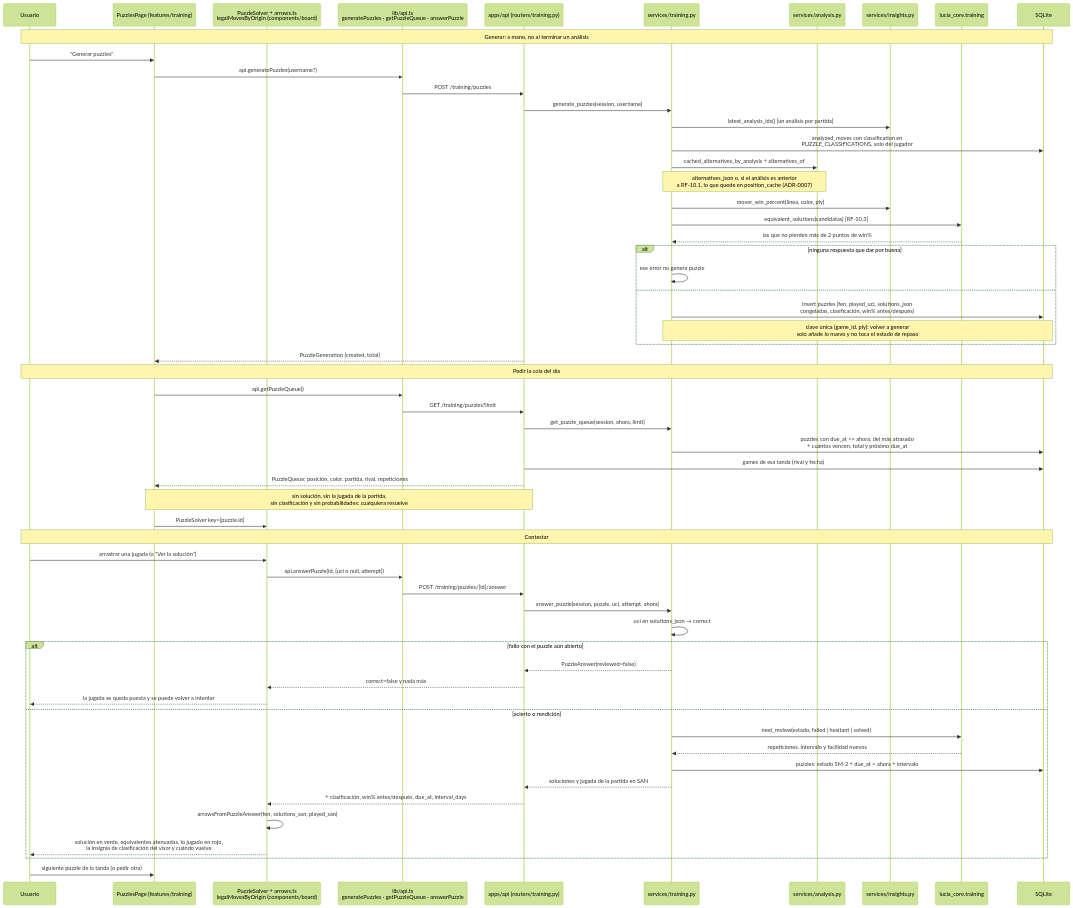
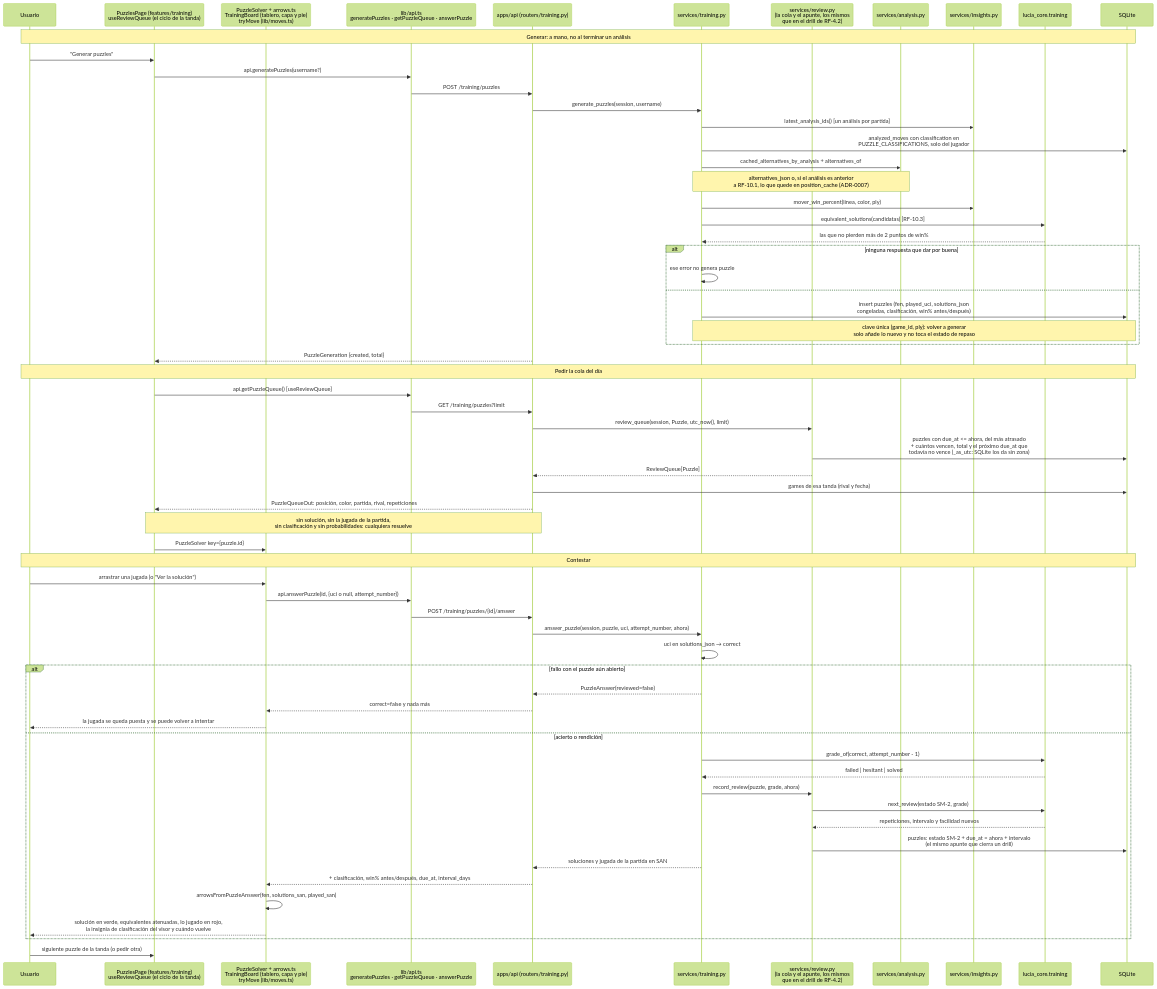
Diagram 17 of 21 in docs/06-mapa-del-proyecto.md (SirJsus/LUCIA), drawn with Mermaid (forest theme) before and after one commit. The commit also changed other lines of this file and 87 other files, not shown here.

````diff
--- a/docs/06-mapa-del-proyecto.md
+++ b/docs/06-mapa-del-proyecto.md
@@ -1483,64 +1558,69 @@
 ```mermaid
 sequenceDiagram
     participant U as Usuario
-    participant P as PuzzlesPage (features/training)
-    participant SO as PuzzleSolver + arrows.ts<br/>legalMovesByOrigin (components/board)
+    participant P as PuzzlesPage (features/training)<br/>useReviewQueue (el ciclo de la tanda)
+    participant SO as PuzzleSolver + arrows.ts<br/>TrainingBoard (tablero, capa y pie)<br/>tryMove (lib/moves.ts)
     participant AP as lib/api.ts<br/>generatePuzzles · getPuzzleQueue · answerPuzzle
     participant R as apps/api (routers/training.py)
     participant ST as services/training.py
+    participant SV as services/review.py<br/>(la cola y el apunte, los mismos<br/>que en el drill de RF-4.2)
     participant SA as services/analysis.py
     participant SI as services/insights.py
     participant CT as lucia_core.training
     participant DB as SQLite
 
     Note over U,DB: Generar: a mano, no al terminar un análisis
     U->>P: "Generar puzzles"
     P->>AP: api.generatePuzzles(username?)
     AP->>R: POST /training/puzzles
     R->>ST: generate_puzzles(session, username)
     ST->>SI: latest_analysis_ids() [un análisis por partida]
     ST->>DB: analyzed_moves con classification en<br/>PUZZLE_CLASSIFICATIONS, solo del jugador
     ST->>SA: cached_alternatives_by_analysis + alternatives_of
     Note over ST,SA: alternatives_json o, si el análisis es anterior<br/>a RF-10.1, lo que quede en position_cache (ADR-0007)
     ST->>SI: mover_win_percent(línea, color, ply)
     ST->>CT: equivalent_solutions(candidatas) [RF-10.3]
     CT-->>ST: las que no pierden más de 2 puntos de win%
     alt ninguna respuesta que dar por buena
         ST->>ST: ese error no genera puzzle
     else
         ST->>DB: insert puzzles (fen, played_uci, solutions_json<br/>congeladas, clasificación, win% antes/después)
         Note over ST,DB: clave única (game_id, ply): volver a generar<br/>solo añade lo nuevo y no toca el estado de repaso
     end
     R-->>P: PuzzleGeneration {created, total}
 
     Note over U,DB: Pedir la cola del día
-    P->>AP: api.getPuzzleQueue()
+    P->>AP: api.getPuzzleQueue() [useReviewQueue]
     AP->>R: GET /training/puzzles?limit
-    R->>ST: get_puzzle_queue(session, ahora, limit)
-    ST->>DB: puzzles con due_at <= ahora, del más atrasado<br/>+ cuántos vencen, total y próximo due_at
+    R->>SV: review_queue(session, Puzzle, utc_now(), limit)
+    SV->>DB: puzzles con due_at <= ahora, del más atrasado<br/>+ cuántos vencen, total y el próximo due_at que<br/>todavía no vence (_as_utc: SQLite los da sin zona)
+    SV-->>R: ReviewQueue[Puzzle]
     R->>DB: games de esa tanda (rival y fecha)
-    R-->>P: PuzzleQueue: posición, color, partida, rival, repeticiones
+    R-->>P: PuzzleQueueOut: posición, color, partida, rival, repeticiones
     Note over R,P: sin solución, sin la jugada de la partida,<br/>sin clasificación y sin probabilidades: cualquiera resuelve
     P->>SO: PuzzleSolver key={puzzle.id}
 
     Note over U,DB: Contestar
     U->>SO: arrastrar una jugada (o "Ver la solución")
-    SO->>AP: api.answerPuzzle(id, {uci o null, attempt})
+    SO->>AP: api.answerPuzzle(id, {uci o null, attempt_number})
     AP->>R: POST /training/puzzles/{id}/answer
-    R->>ST: answer_puzzle(session, puzzle, uci, attempt, ahora)
+    R->>ST: answer_puzzle(session, puzzle, uci, attempt_number, ahora)
     ST->>ST: uci en solutions_json → correct
     alt fallo con el puzzle aún abierto
         ST-->>R: PuzzleAnswer(reviewed=false)
         R-->>SO: correct=false y nada más
         SO-->>U: la jugada se queda puesta y se puede volver a intentar
     else acierto o rendición
-        ST->>CT: next_review(estado, failed | hesitant | solved)
-        CT-->>ST: repeticiones, intervalo y facilidad nuevos
-        ST->>DB: puzzles: estado SM-2 + due_at = ahora + intervalo
+        ST->>CT: grade_of(correct, attempt_number - 1)
+        CT-->>ST: failed | hesitant | solved
+        ST->>SV: record_review(puzzle, grade, ahora)
+        SV->>CT: next_review(estado SM-2, grade)
+        CT-->>SV: repeticiones, intervalo y facilidad nuevos
+        SV->>DB: puzzles: estado SM-2 + due_at = ahora + intervalo<br/>(el mismo apunte que cierra un drill)
         ST-->>R: soluciones y jugada de la partida en SAN
         R-->>SO: + clasificación, win% antes/después, due_at, interval_days
         SO->>SO: arrowsFromPuzzleAnswer(fen, solutions_san, played_san)
         SO-->>U: solución en verde, equivalentes atenuadas, lo jugado en rojo,<br/>la insignia de clasificación del visor y cuándo vuelve
     end
     U->>P: siguiente puzzle de la tanda (o pedir otra)
 ```
````
